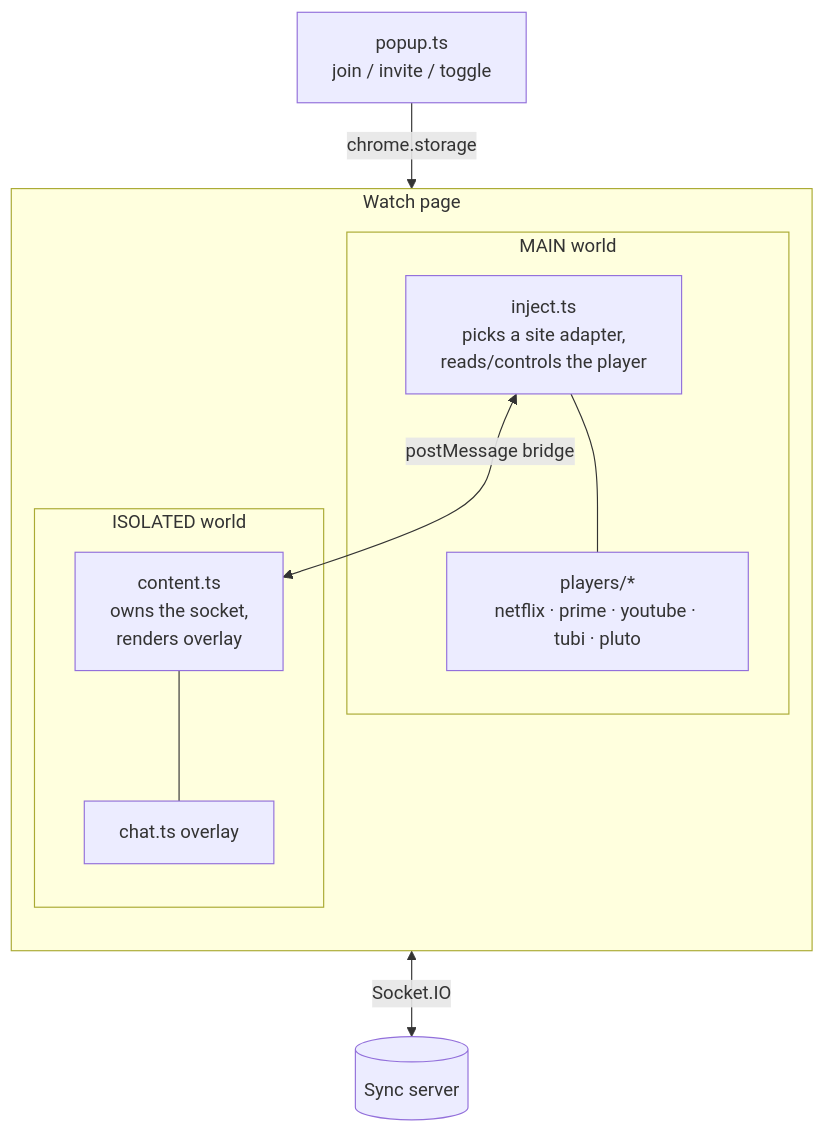
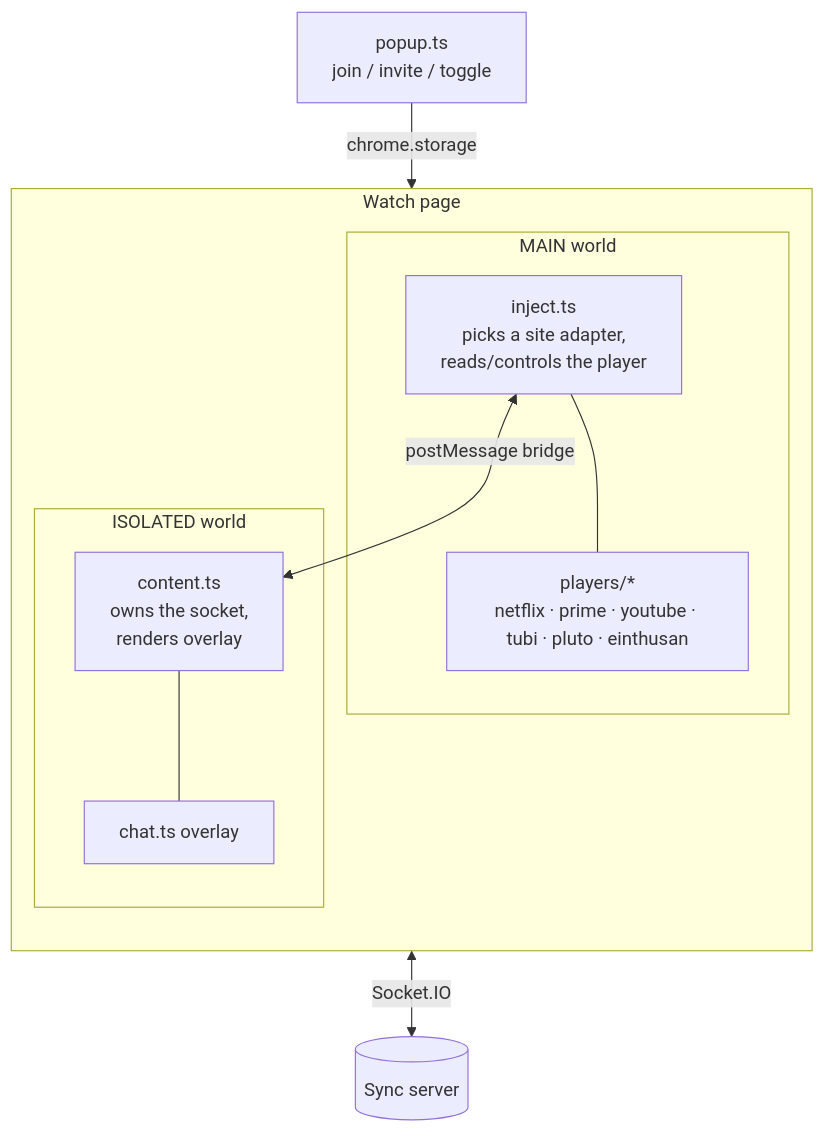
Before and after one commit to nkc-137/watchparty: the third of 3 diagrams in README.md, drawn with Mermaid. The commit also changed other lines of this file and 9 other files, not shown here.

````diff
--- a/README.md
+++ b/README.md
@@ -212,19 +212,19 @@
 ```mermaid
 flowchart TB
     subgraph page["Watch page"]
         direction TB
         subgraph main["MAIN world"]
             inject["inject.ts<br/>picks a site adapter,<br/>reads/controls the player"]
-            adapters["players/*<br/>netflix · prime · youtube · tubi · pluto"]
+            adapters["players/*<br/>netflix · prime · youtube · tubi · pluto · einthusan"]
             inject --- adapters
         end
         subgraph iso["ISOLATED world"]
             content["content.ts<br/>owns the socket,<br/>renders overlay"]
             chat["chat.ts overlay"]
             content --- chat
         end
         inject <-->|postMessage bridge| content
     end
     popup["popup.ts<br/>join / invite / toggle"] -->|chrome.storage| content
     content <-->|Socket.IO| server[("Sync server")]
 ```
````
